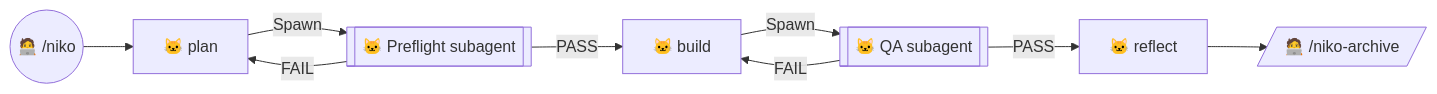
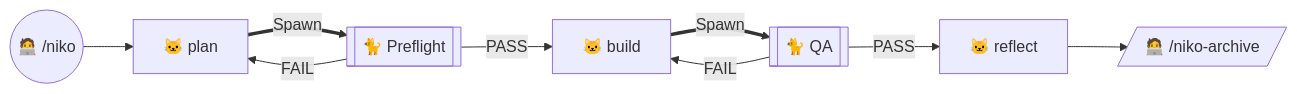
The diagram in memory-bank/active/tasks.md (Texarkanine/.cursor-rules), drawn with Mermaid before and after one commit. The commit also changed other lines of this file and 4 other files, not shown here.

First line of the commit message:
chore: record chart encoding polish after preflight

````diff
--- a/memory-bank/active/tasks.md
+++ b/memory-bank/active/tasks.md
@@ -17,11 +17,11 @@
 ```mermaid
 graph LR
   Start(("🧑‍💻 /niko")) --> Plan["🐱 plan"]
-  Plan --Spawn--> Preflight[["🐱 Preflight subagent"]]
+  Plan ==Spawn==> Preflight[["🐈 Preflight"]]
   Preflight -->|"PASS"| Build["🐱 build"]
   Preflight -->|"FAIL"| Plan
-  Build --Spawn--> QA[["🐱 QA subagent"]]
+  Build ==Spawn==> QA[["🐈 QA"]]
   QA -->|"PASS"| Reflect["🐱 reflect"]
   QA -->|"FAIL"| Build
   Reflect --> Archive[/"🧑‍💻 /niko-archive"/]
 ```
````
